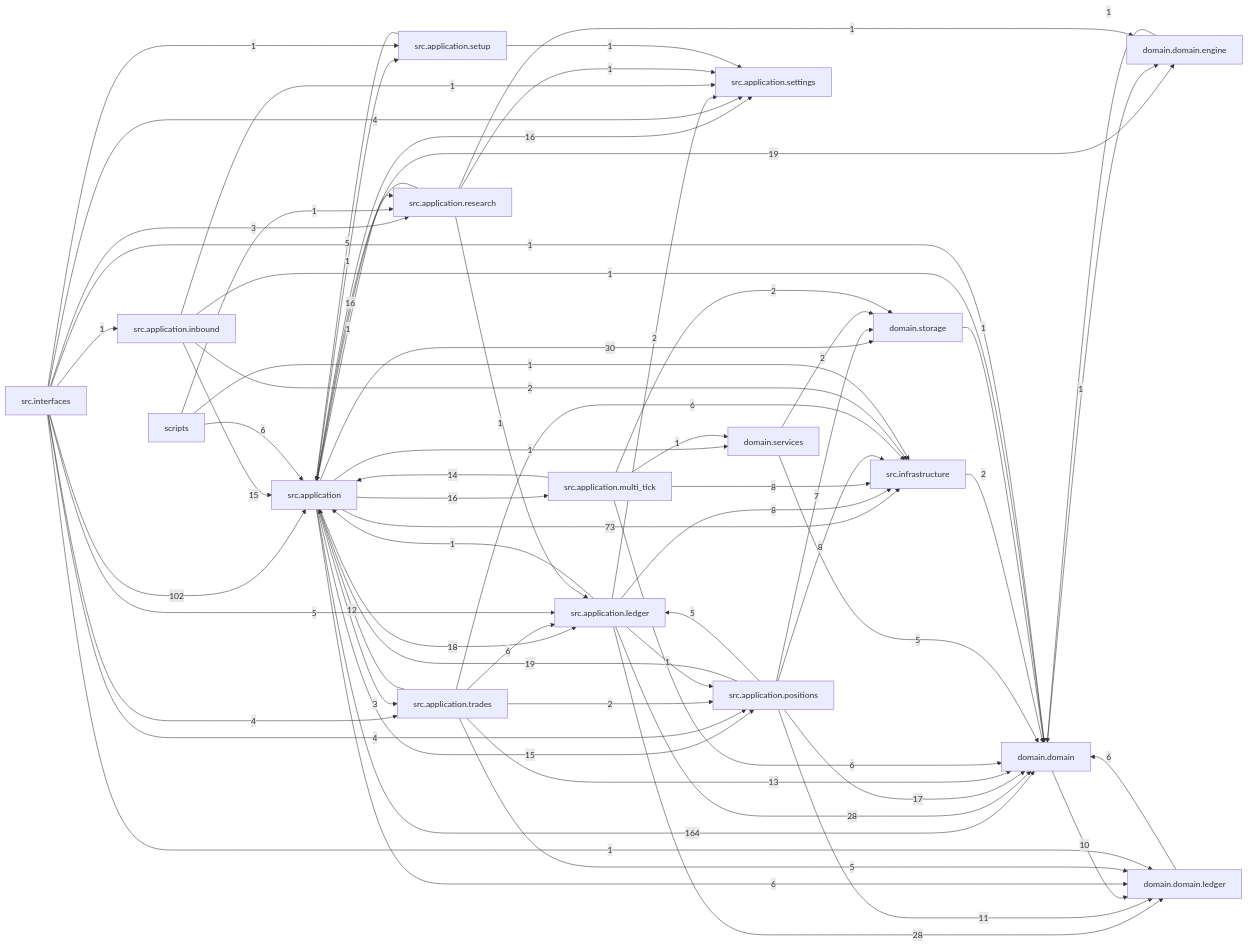
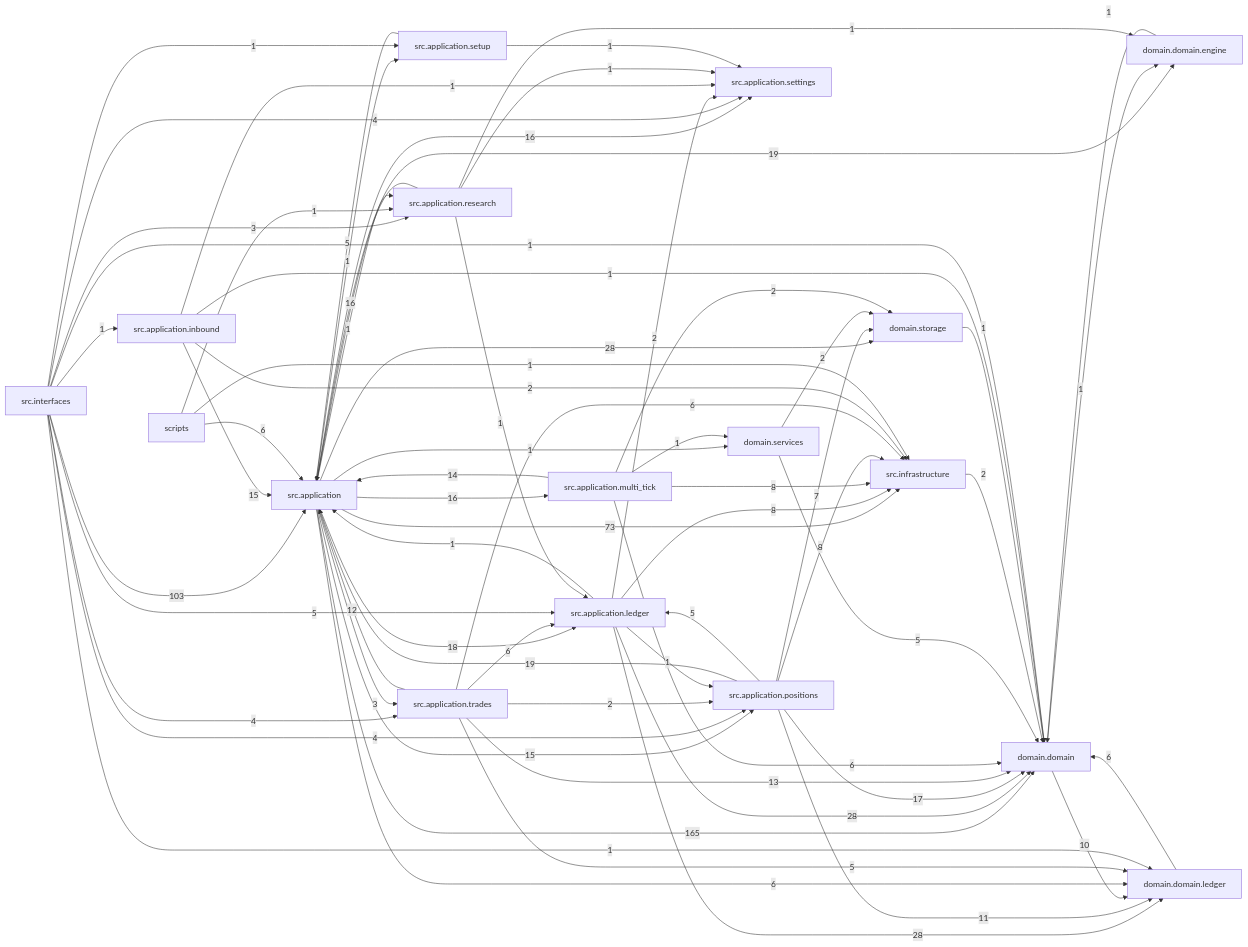
Before and after one commit to liuxie066/options-monitor: the diagram in docs/dependency_graph.mmd, drawn with Mermaid. The commit also changed 6 other files, not shown here.

```diff
--- a/docs/dependency_graph.mmd
+++ b/docs/dependency_graph.mmd
@@ -1,68 +1,68 @@
 flowchart LR
-  src_application["src.application"] -->|164| domain_domain["domain.domain"]
-  src_interfaces["src.interfaces"] -->|102| src_application["src.application"]
+  src_application["src.application"] -->|165| domain_domain["domain.domain"]
+  src_interfaces["src.interfaces"] -->|103| src_application["src.application"]
   src_application["src.application"] -->|73| src_infrastructure["src.infrastructure"]
-  src_application["src.application"] -->|30| domain_storage["domain.storage"]
+  src_application["src.application"] -->|28| domain_storage["domain.storage"]
   src_application_ledger["src.application.ledger"] -->|28| domain_domain["domain.domain"]
   src_application_ledger["src.application.ledger"] -->|28| domain_domain_ledger["domain.domain.ledger"]
   src_application["src.application"] -->|19| domain_domain_engine["domain.domain.engine"]
   src_application_positions["src.application.positions"] -->|19| src_application["src.application"]
   src_application["src.application"] -->|18| src_application_ledger["src.application.ledger"]
   src_application_positions["src.application.positions"] -->|17| domain_domain["domain.domain"]
   src_application["src.application"] -->|16| src_application_multi_tick["src.application.multi_tick"]
   src_application["src.application"] -->|16| src_application_settings["src.application.settings"]
   src_application_research["src.application.research"] -->|16| src_application["src.application"]
   src_application["src.application"] -->|15| src_application_positions["src.application.positions"]
   src_application_inbound["src.application.inbound"] -->|15| src_application["src.application"]
   src_application_multi_tick["src.application.multi_tick"] -->|14| src_application["src.application"]
   src_application_trades["src.application.trades"] -->|13| domain_domain["domain.domain"]
   src_application_trades["src.application.trades"] -->|12| src_application["src.application"]
   src_application_positions["src.application.positions"] -->|11| domain_domain_ledger["domain.domain.ledger"]
   domain_domain["domain.domain"] -->|10| domain_domain_ledger["domain.domain.ledger"]
   src_application_ledger["src.application.ledger"] -->|8| src_infrastructure["src.infrastructure"]
   src_application_multi_tick["src.application.multi_tick"] -->|8| src_infrastructure["src.infrastructure"]
   src_application_positions["src.application.positions"] -->|8| src_infrastructure["src.infrastructure"]
   src_application_positions["src.application.positions"] -->|7| domain_storage["domain.storage"]
   domain_domain_ledger["domain.domain.ledger"] -->|6| domain_domain["domain.domain"]
   scripts["scripts"] -->|6| src_application["src.application"]
   src_application["src.application"] -->|6| domain_domain_ledger["domain.domain.ledger"]
   src_application_multi_tick["src.application.multi_tick"] -->|6| domain_domain["domain.domain"]
   src_application_trades["src.application.trades"] -->|6| src_application_ledger["src.application.ledger"]
   src_application_trades["src.application.trades"] -->|6| src_infrastructure["src.infrastructure"]
   domain_services["domain.services"] -->|5| domain_domain["domain.domain"]
   src_application_positions["src.application.positions"] -->|5| src_application_ledger["src.application.ledger"]
   src_application_setup["src.application.setup"] -->|5| src_application["src.application"]
   src_application_trades["src.application.trades"] -->|5| domain_domain_ledger["domain.domain.ledger"]
   src_interfaces["src.interfaces"] -->|5| src_application_ledger["src.application.ledger"]
   src_interfaces["src.interfaces"] -->|4| src_application_positions["src.application.positions"]
   src_interfaces["src.interfaces"] -->|4| src_application_settings["src.application.settings"]
   src_interfaces["src.interfaces"] -->|4| src_application_trades["src.application.trades"]
   src_application["src.application"] -->|3| src_application_trades["src.application.trades"]
   src_interfaces["src.interfaces"] -->|3| src_application_research["src.application.research"]
   domain_services["domain.services"] -->|2| domain_storage["domain.storage"]
   src_application_inbound["src.application.inbound"] -->|2| src_infrastructure["src.infrastructure"]
   src_application_ledger["src.application.ledger"] -->|2| src_application_settings["src.application.settings"]
   src_application_multi_tick["src.application.multi_tick"] -->|2| domain_storage["domain.storage"]
   src_application_trades["src.application.trades"] -->|2| src_application_positions["src.application.positions"]
   src_infrastructure["src.infrastructure"] -->|2| domain_domain["domain.domain"]
   domain_domain["domain.domain"] -->|1| domain_domain_engine["domain.domain.engine"]
   domain_domain_engine["domain.domain.engine"] -->|1| domain_domain["domain.domain"]
   domain_storage["domain.storage"] -->|1| domain_domain["domain.domain"]
   scripts["scripts"] -->|1| src_application_research["src.application.research"]
   scripts["scripts"] -->|1| src_infrastructure["src.infrastructure"]
   src_application["src.application"] -->|1| domain_services["domain.services"]
   src_application["src.application"] -->|1| src_application_research["src.application.research"]
   src_application["src.application"] -->|1| src_application_setup["src.application.setup"]
   src_application_inbound["src.application.inbound"] -->|1| domain_domain["domain.domain"]
   src_application_inbound["src.application.inbound"] -->|1| src_application_settings["src.application.settings"]
   src_application_ledger["src.application.ledger"] -->|1| src_application["src.application"]
   src_application_ledger["src.application.ledger"] -->|1| src_application_positions["src.application.positions"]
   src_application_multi_tick["src.application.multi_tick"] -->|1| domain_services["domain.services"]
   src_application_research["src.application.research"] -->|1| domain_domain_engine["domain.domain.engine"]
   src_application_research["src.application.research"] -->|1| src_application_ledger["src.application.ledger"]
   src_application_research["src.application.research"] -->|1| src_application_settings["src.application.settings"]
   src_application_setup["src.application.setup"] -->|1| src_application_settings["src.application.settings"]
   src_interfaces["src.interfaces"] -->|1| domain_domain["domain.domain"]
   src_interfaces["src.interfaces"] -->|1| domain_domain_ledger["domain.domain.ledger"]
   src_interfaces["src.interfaces"] -->|1| src_application_inbound["src.application.inbound"]
   src_interfaces["src.interfaces"] -->|1| src_application_setup["src.application.setup"]
```
